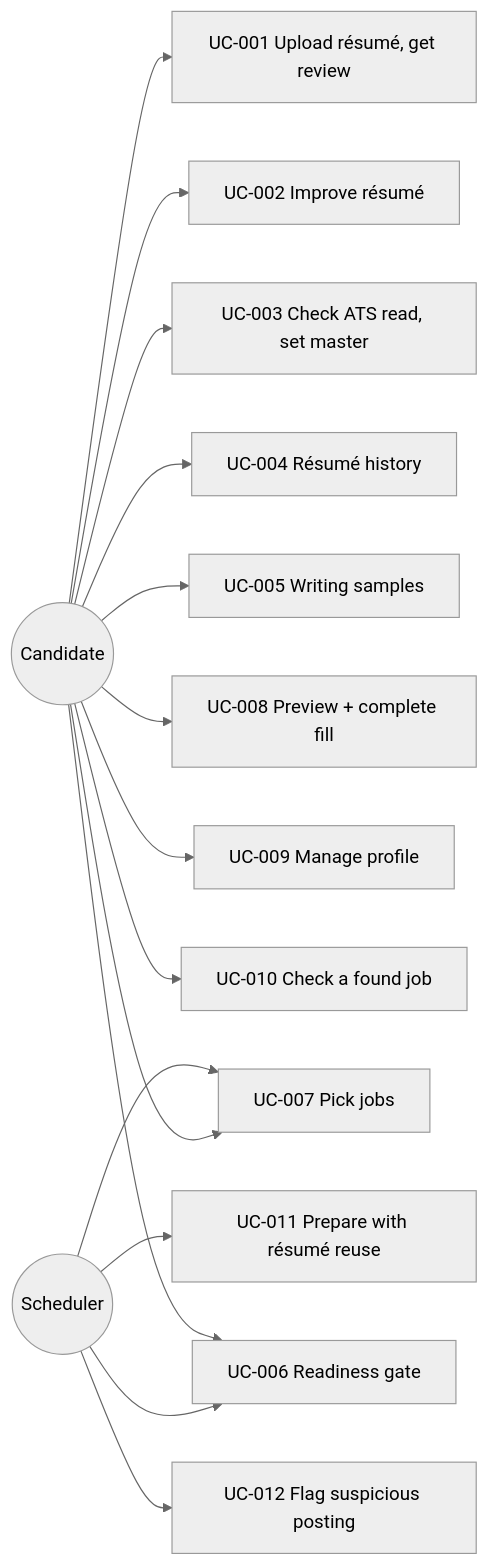
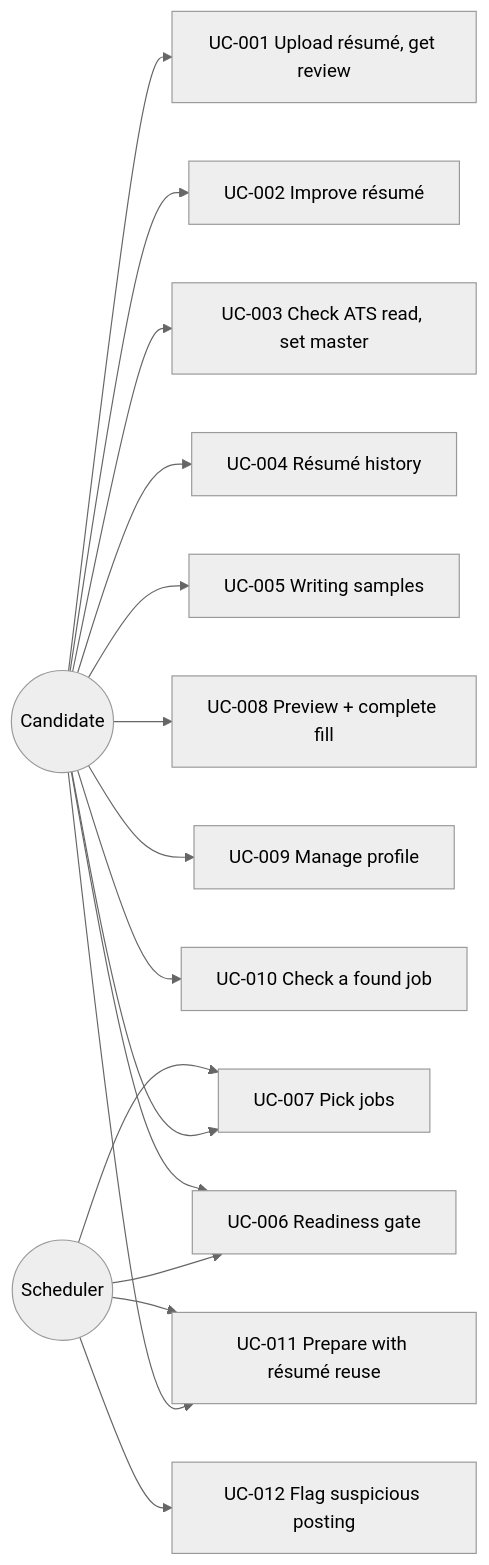
The diagram in docs/product/USE_CASES.md (m0hamedb3ngab5ia/career-os-template), drawn with Mermaid (neutral theme) before and after one commit. The commit also changed 2 other files, not shown here.

Commit message:
docs(product): stale fixes: REQ-096 links, UC diagram actors, STATUS now

````diff
--- a/docs/product/USE_CASES.md
+++ b/docs/product/USE_CASES.md
@@ -4,17 +4,18 @@
 ```mermaid
 flowchart LR
   C((Candidate)) --> UC1[UC-001 Upload résumé, get review]
   C --> UC2[UC-002 Improve résumé]
   C --> UC3[UC-003 Check ATS read, set master]
   C --> UC4[UC-004 Résumé history]
   C --> UC5[UC-005 Writing samples]
   C --> UC7[UC-007 Pick jobs]
   C --> UC8[UC-008 Preview + complete fill]
   C --> UC9[UC-009 Manage profile]
   C --> UC10[UC-010 Check a found job]
-  S --> UC11[UC-011 Prepare with résumé reuse]
+  S((Scheduler)) --> UC6[UC-006 Readiness gate]
+  C --> UC11[UC-011 Prepare with résumé reuse]
+  S --> UC11
   S --> UC12[UC-012 Flag suspicious posting]
-  S((Scheduler)) --> UC6[UC-006 Readiness gate]
   C --> UC6
   S --> UC7
 ```
````
